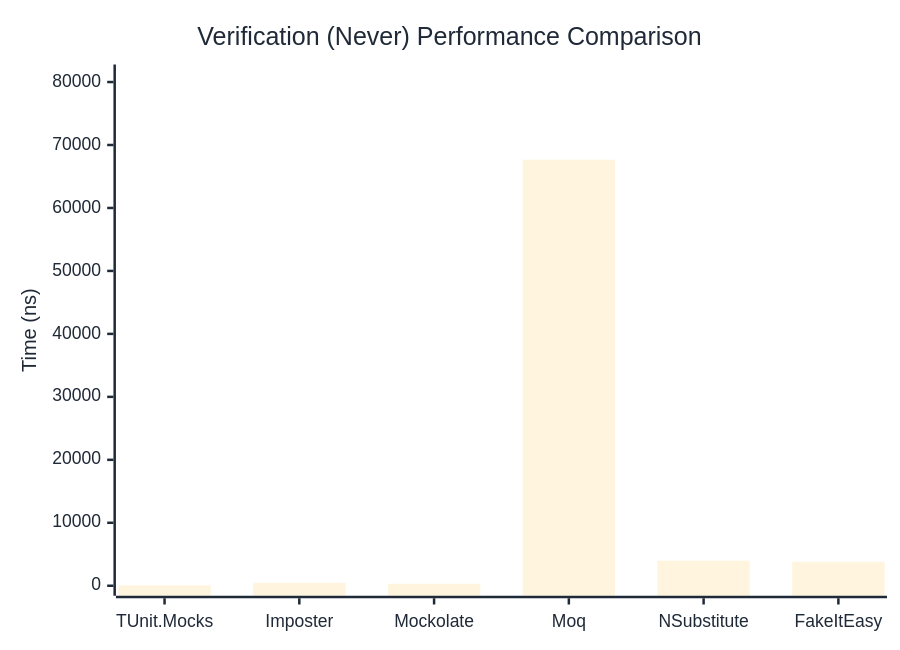
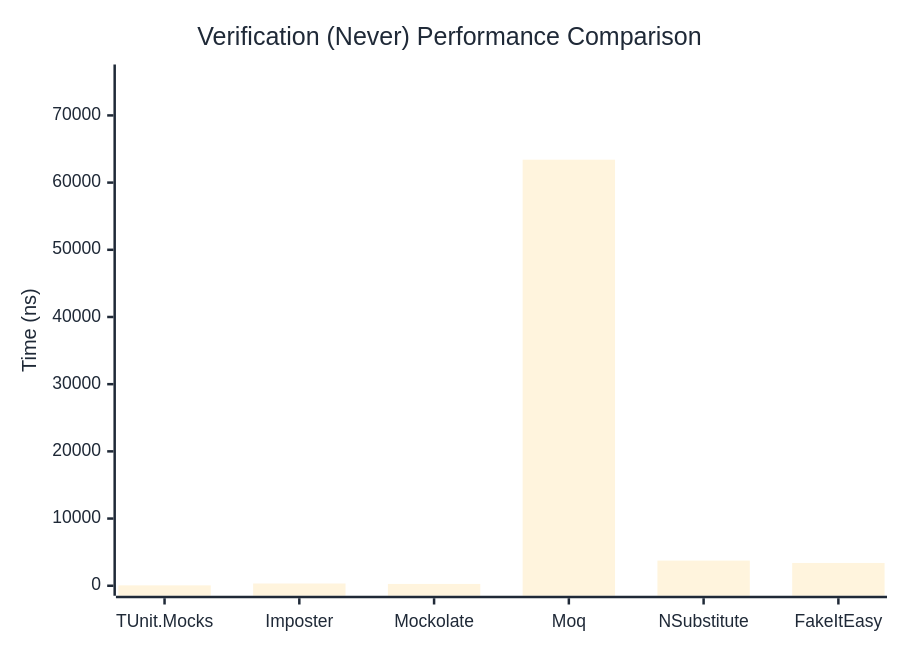
One commit to thomhurst/TUnit changed the second of 3 diagrams in docs/docs/benchmarks/mocks/Verification.md. Above: the diagram before and after it, drawn with Mermaid. The commit also changed other lines of this file and 14 other files, not shown here.

````diff
--- a/docs/docs/benchmarks/mocks/Verification.md
+++ b/docs/docs/benchmarks/mocks/Verification.md
@@ -71,27 +71,27 @@
 ```mermaid
 %%{init: {
   'theme':'base',
   'themeVariables': {
     'primaryColor': '#2563eb',
     'primaryTextColor': '#1f2937',
     'primaryBorderColor': '#1e40af',
     'lineColor': '#6b7280',
     'secondaryColor': '#7c3aed',
     'tertiaryColor': '#dc2626',
     'background': '#ffffff',
     'pie1': '#2563eb',
     'pie2': '#7c3aed',
     'pie3': '#dc2626',
     'pie4': '#f59e0b',
     'pie5': '#10b981',
     'pie6': '#06b6d4',
     'pie7': '#ec4899',
     'pie8': '#6366f1'
   }
 }}%%
 xychart-beta
   title "Verification (Never) Performance Comparison"
   x-axis ["TUnit.Mocks", "Imposter", "Mockolate", "Moq", "NSubstitute", "FakeItEasy"]
-  y-axis "Time (ns)" 0 --> 81196
-  bar [71.58, 471.49, 316.54, 67662.7, 3982.31, 3817.5]
+  y-axis "Time (ns)" 0 --> 76089
+  bar [58.18, 334.99, 270.73, 63407.07, 3743.53, 3392.18]
 ```
````
